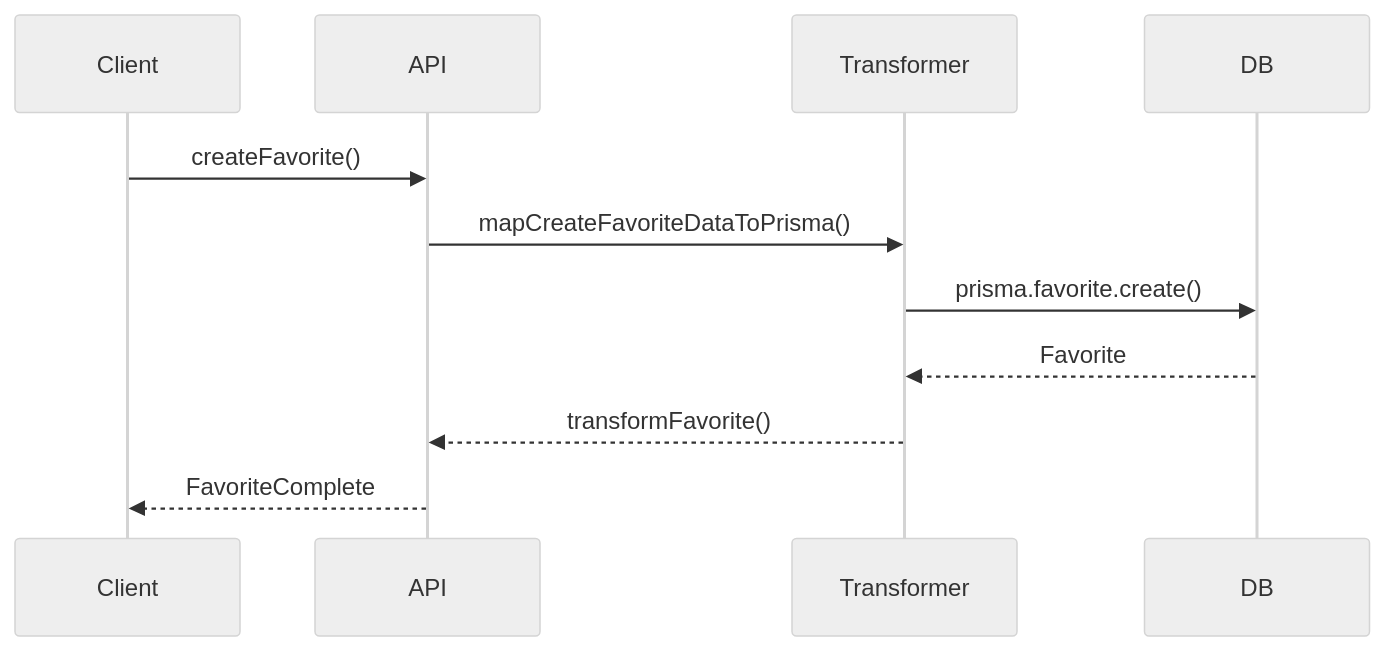
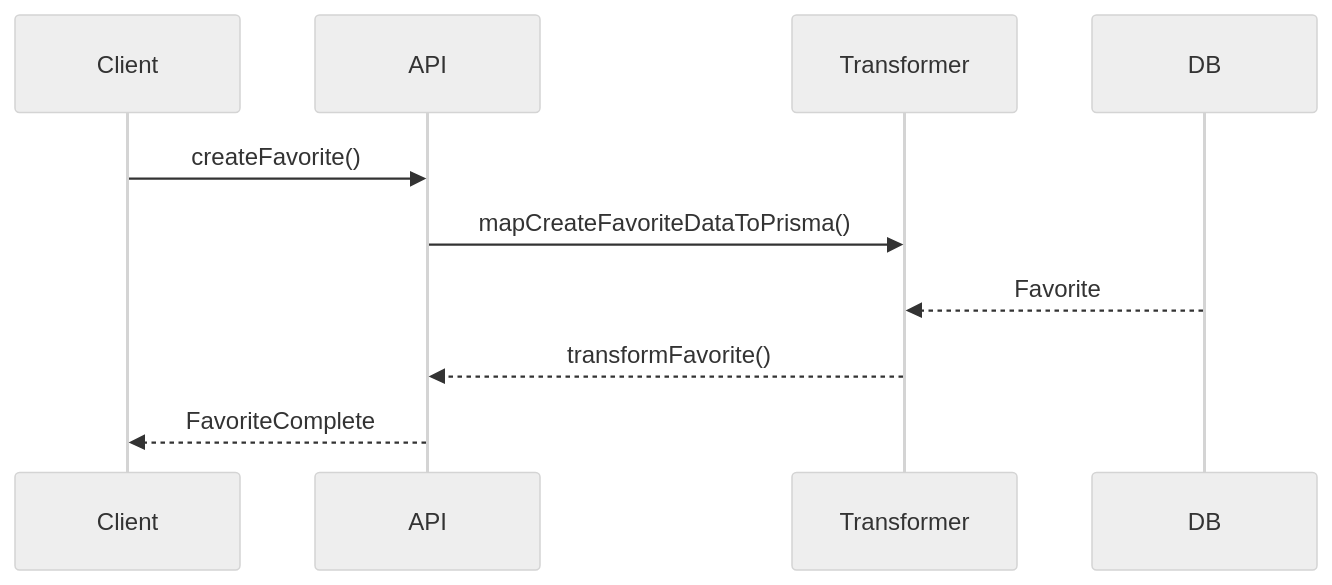
Before and after one commit to gvastethecreator/media-manager: the second of 2 diagrams in src/types/entities/favorite/documentation.md, drawn with Mermaid (neutral theme). The commit also changed 176 other files, not shown here.

````diff
--- a/src/types/entities/favorite/documentation.md
+++ b/src/types/entities/favorite/documentation.md
@@ -48,13 +48,13 @@
 ```mermaid
 sequenceDiagram
     participant Client
     participant API
     participant Transformer
     participant DB
     Client->>API: createFavorite()
     API->>Transformer: mapCreateFavoriteDataToPrisma()
-    Transformer->>DB: prisma.favorite.create()
+    
     DB-->>Transformer: Favorite
     Transformer-->>API: transformFavorite()
     API-->>Client: FavoriteComplete
 ```
````
